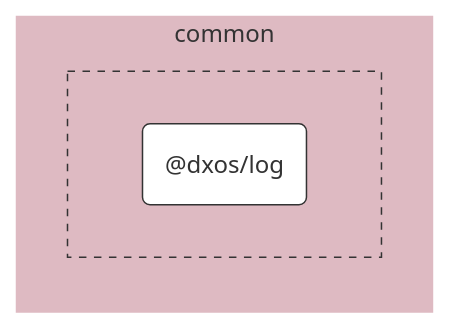
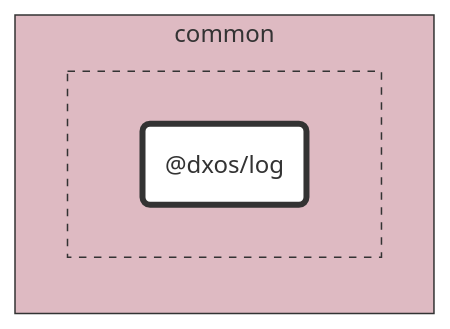
The diagram in packages/common/log/docs/README.md (dxos/dxos), drawn with Mermaid before and after one commit. The commit also changed 89 other files, not shown here.

````diff
--- a/packages/common/log/docs/README.md
+++ b/packages/common/log/docs/README.md
@@ -7,24 +7,24 @@
 ```mermaid
 %%{ init: {'flowchart':{'curve':'basis'}} }%%
 
 flowchart LR
 
 %% Classes
 classDef def fill:#fff,stroke:#333,stroke-width:1px
 classDef root fill:#fff,stroke:#333,stroke-width:4px
 
 %% Nodes
 
 subgraph common [common]
-  style common fill:#debac2,stroke:#fff
+  style common fill:#debac2,stroke:#333
 
-  subgraph common-excluded [ ]
-    style common-excluded fill:#debac2,stroke:#333,stroke-dasharray:5 5
-    dxos/log("@dxos/log"):::def
+  subgraph _ [ ]
+    style _ fill:#debac2,stroke:#333,stroke-dasharray:5 5
+    dxos/log("@dxos/log"):::root
     click dxos/log "dxos/dxos/tree/main/packages/common/log/docs"
   end
 end
 
 %% Links
 linkStyle default stroke:#333,stroke-width:1px
 ```
````
